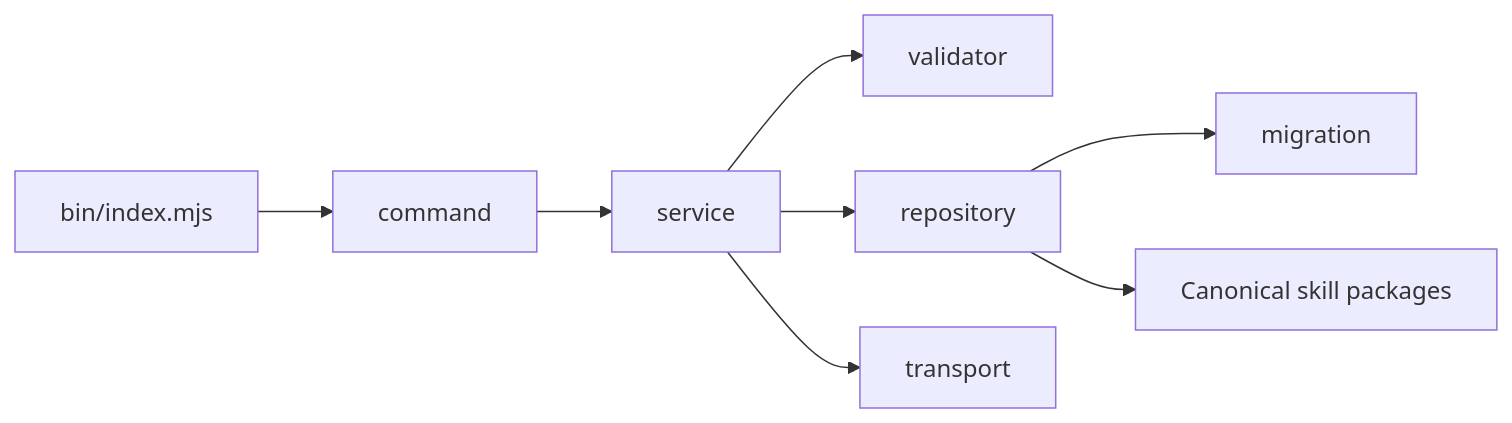
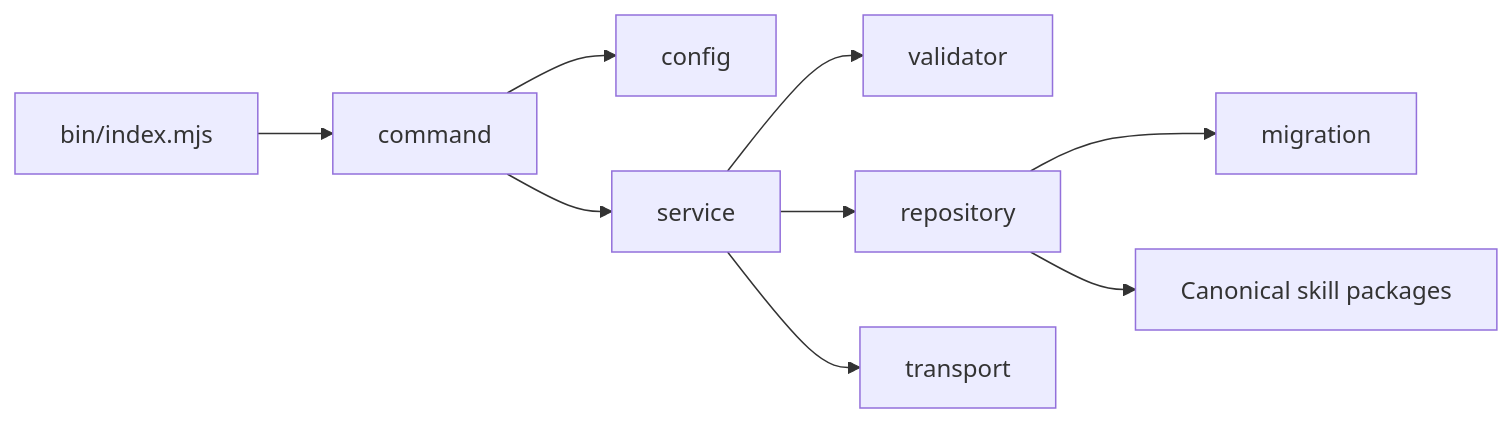
One commit to i-9-ai/skills changed the first of 7 diagrams in docs/Architecture.md. Above: the diagram before and after it, drawn with Mermaid. The commit also changed other lines of this file and 1 other file, not shown here.

````diff
--- a/docs/Architecture.md
+++ b/docs/Architecture.md
@@ -13,10 +13,11 @@
 ```mermaid
 flowchart LR
     Bin[bin/index.mjs] --> Command[command]
+    Command --> Config[config]
     Command --> Service[service]
     Service --> Validator[validator]
     Service --> Repository[repository]
     Repository --> Migration[migration]
     Service --> Transport[transport]
     Repository --> Packages[Canonical skill packages]
 ```
````
